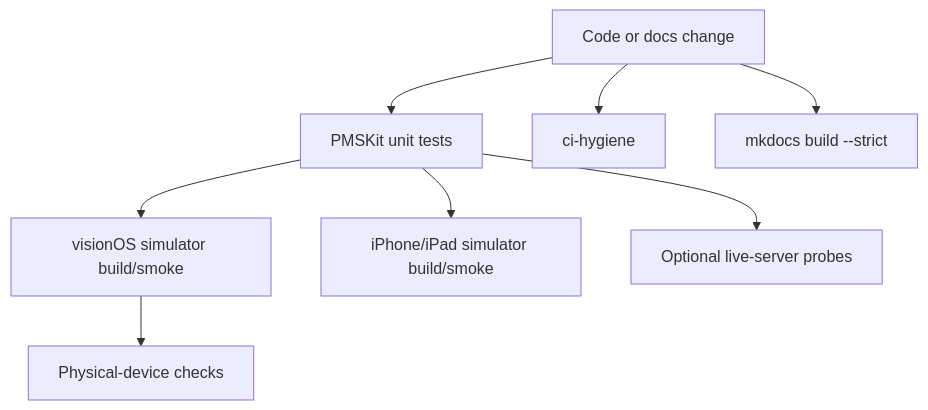
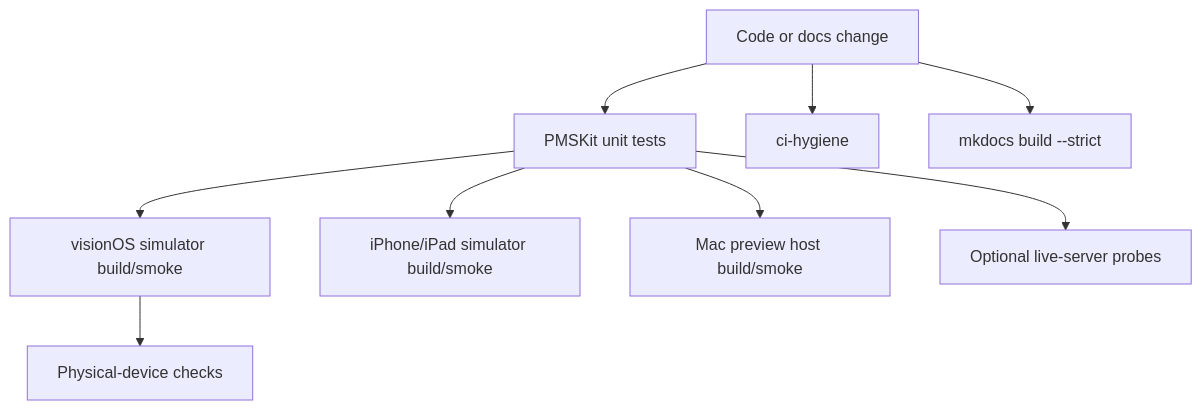
Before and after one commit to jlipworth/Labstream: the diagram in docs/TESTING-STRATEGY.md, drawn with Mermaid. The commit also changed other lines of this file and 33 other files, not shown here.

Commit message:
docs: align architecture and workflows with current code

````diff
--- a/docs/TESTING-STRATEGY.md
+++ b/docs/TESTING-STRATEGY.md
@@ -5,10 +5,11 @@
 ```mermaid
 flowchart TD
   Change[Code or docs change] --> Unit[PMSKit unit tests]
   Change --> Hygiene[ci-hygiene]
   Change --> Docs[mkdocs build --strict]
   Unit --> VisionSim[visionOS simulator build/smoke]
   Unit --> MobileSim[iPhone/iPad simulator build/smoke]
+  Unit --> MacHost[Mac preview host build/smoke]
   VisionSim --> Device[Physical-device checks]
   Unit --> Live[Optional live-server probes]
 ```
````
